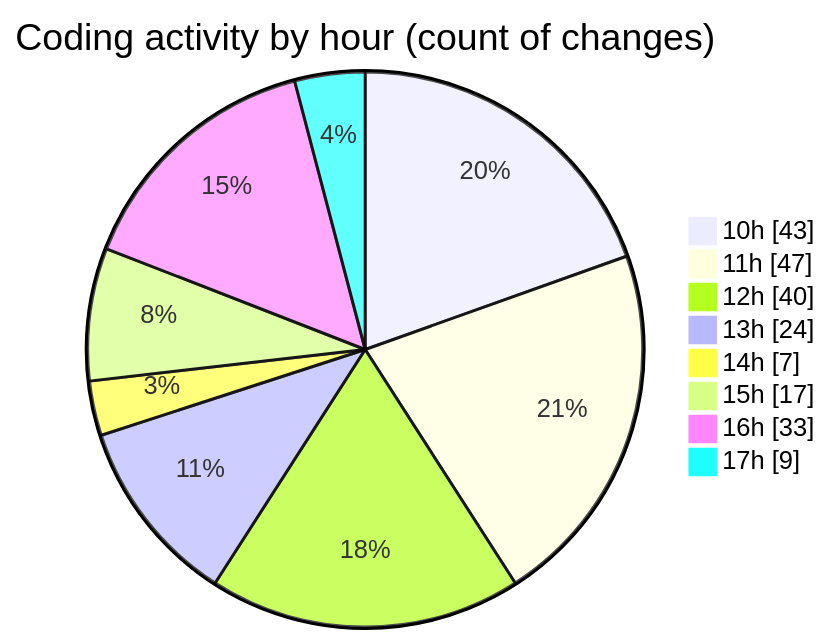
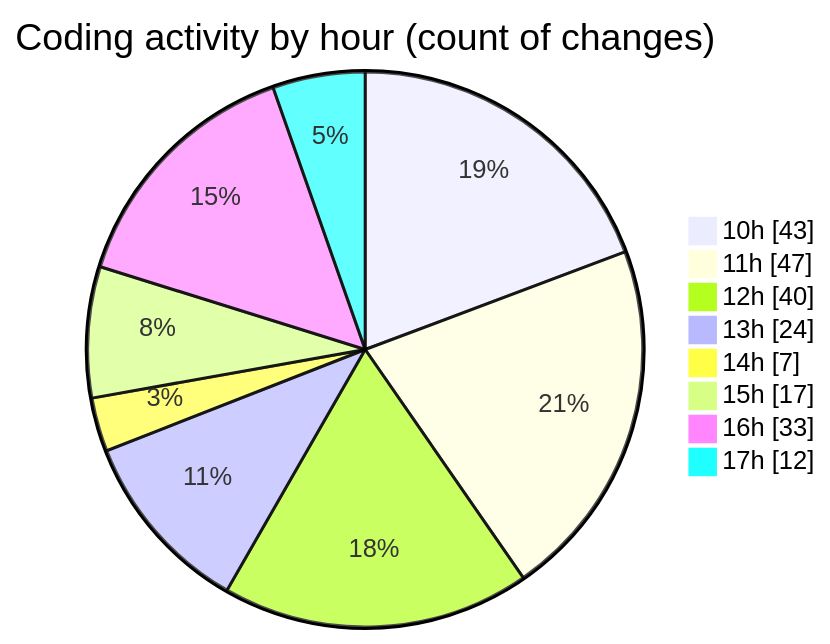
Before and after one commit to momahboobian/code-tracking: the second of 2 diagrams in 2025-02-10/cda/README.md, drawn with Mermaid. The commit also changed other lines of this file and 1 other file, not shown here.

````diff
--- a/2025-02-10/cda/README.md
+++ b/2025-02-10/cda/README.md
@@ -35,12 +35,12 @@
 ```mermaid
 pie showData
 title Coding activity by hour (count of changes)
 "10h" : 43
 "11h" : 47
 "12h" : 40
 "13h" : 24
 "14h" : 7
 "15h" : 17
 "16h" : 33
-"17h" : 9
+"17h" : 12
 ```
````
